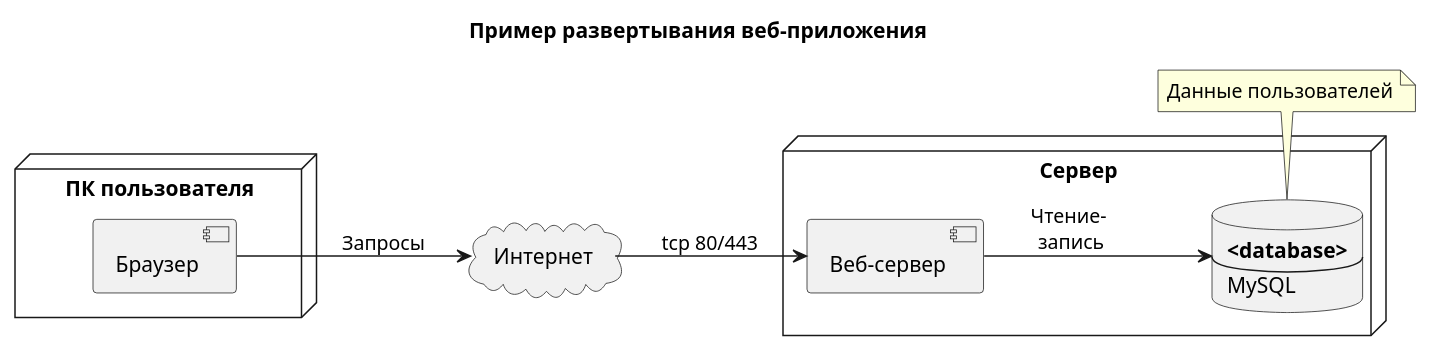
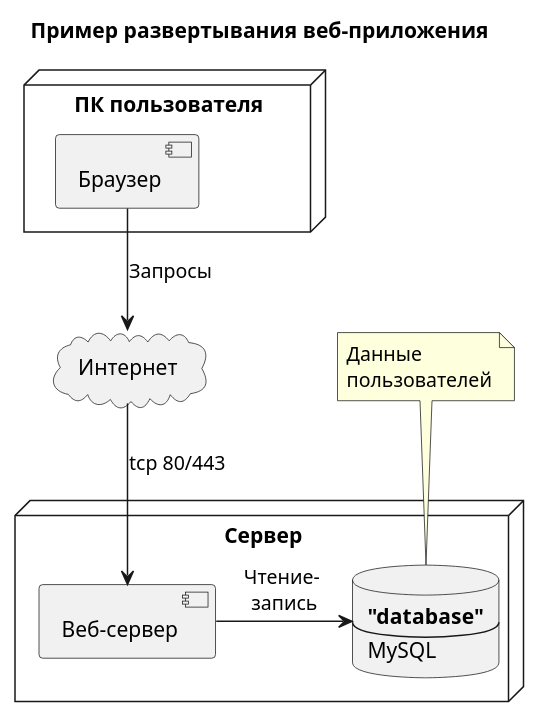
The diagram in plantuml/lab1.puml (mxsmirnov/aix-labs), drawn with PlantUML before and after one commit. The commit also changed 1 other file, not shown here.

Commit message:
new file:   mermaid/drawio/flow.drawio 	modified:   plantuml/lab1.puml

```diff
--- a/plantuml/lab1.puml
+++ b/plantuml/lab1.puml
@@ -1,30 +1,31 @@
 @startuml
 title Пример развертывания веб-приложения
 
 ' Меняем направление на горизонтальное
-left to right direction
+' left to right direction
+
 ' Элементы
 node "ПК пользователя" {
     component "Браузер"
 }
 
 cloud "Интернет"
 
 node "Сервер" {
     component "Веб-сервер"
     database db1 [
-<b><database></b>
+<b>"database"</b>
 ----
 MySQL
 ]
 }
 
 ' Связи
 "Браузер" --> "Интернет" : "Запросы"
 "Интернет" --> "Веб-сервер" : "tcp 80/443"
-"Веб-сервер" --> db1 : "Чтение- \nзапись"
+"Веб-сервер" -left-> db1 : "Чтение- \nзапись"
 
 
-note bottom of db1 : Данные пользователей
+note top of db1 : Данные \nпользователей
 
 @enduml
```
